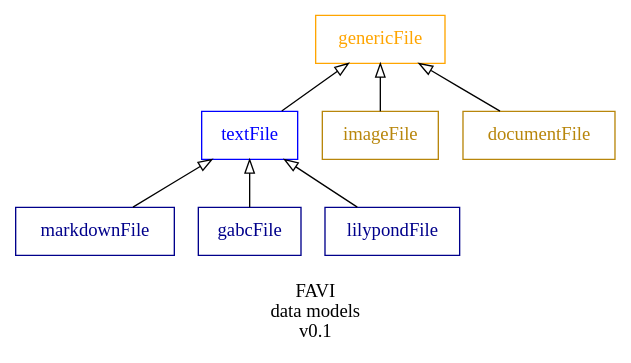
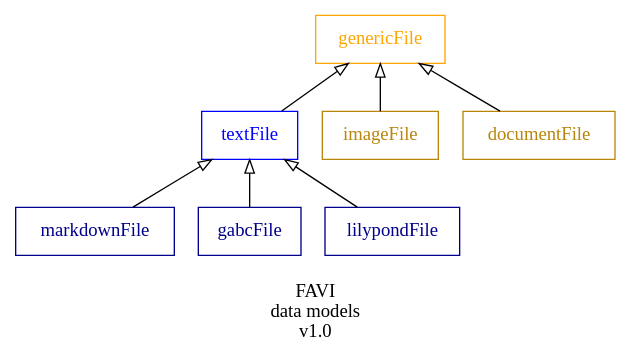
One commit to guild-st-isidore-TO/fabrica-virtualis changed the diagram in static/design/dot/favi-data-models.dot. Above: the diagram before and after it, drawn with Graphviz. The commit also changed 7 other files, not shown here.

```diff
--- a/static/design/dot/favi-data-models.dot
+++ b/static/design/dot/favi-data-models.dot
@@ -1,27 +1,27 @@
 digraph {
-    label = "\nFAVI\ndata models\nv0.1";
+    label = "\nFAVI\ndata models\nv1.0";
     node [shape = box;];
     
     genericFile -> textFile [dir = both; arrowhead = none; arrowtail = onormal;];
     
     textFile -> markdownFile [dir = both; arrowhead = none; arrowtail = onormal;];
     textFile -> gabcFile [dir = both; arrowhead = none; arrowtail = onormal;];
     textFile -> lilypondFile [dir = both; arrowhead = none; arrowtail = onormal;];
 
     genericFile -> imageFile [dir = both; arrowhead = none; arrowtail = onormal;];
     genericFile -> documentFile [dir = both; arrowhead = none; arrowtail = onormal;];
     
     genericFile [label = "genericFile";color = orange;fontcolor = orange;];
     
     textFile [label = "textFile";color = blue;fontcolor = blue;];
     
     markdownFile [label = "markdownFile";color = darkblue;fontcolor = darkblue;];
     
     gabcFile [label = "gabcFile";color = darkblue;fontcolor = darkblue;];
     
     lilypondFile [label = "lilypondFile";color = darkblue;fontcolor = darkblue;];
     
     imageFile [label = "imageFile";color = darkgoldenrod;fontcolor = darkgoldenrod;];
     
     documentFile [label = "documentFile";color = darkgoldenrod;fontcolor = darkgoldenrod;];
 }
```
